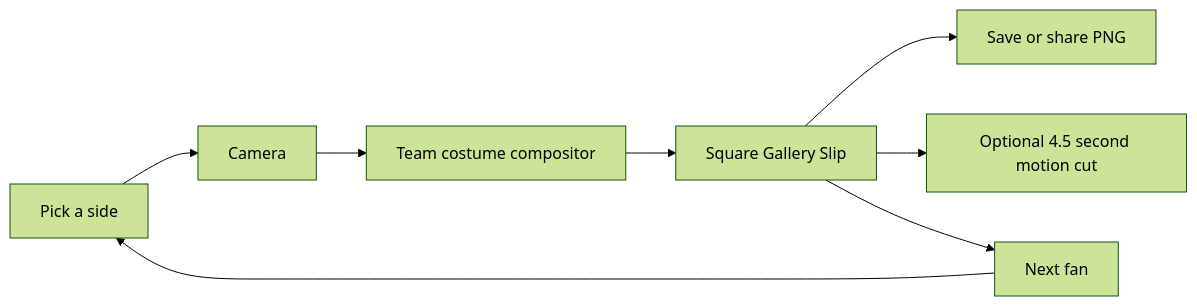
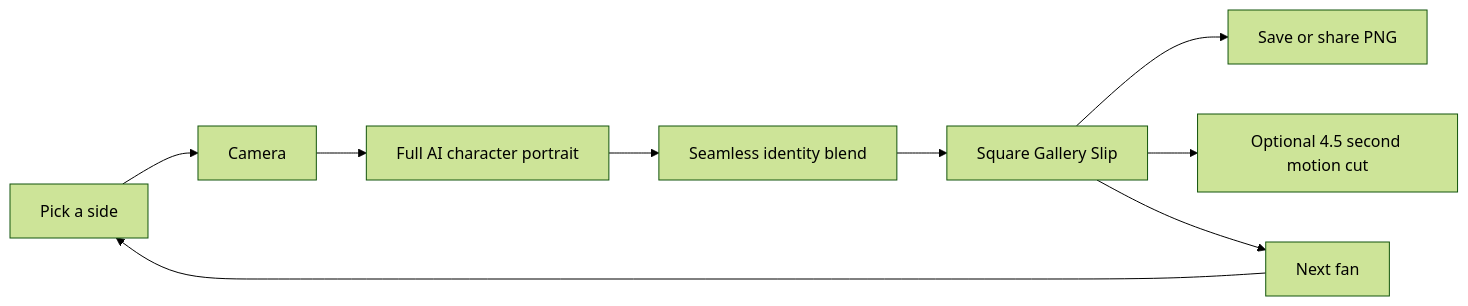
One commit to goldytalks/derby-dashboard changed the diagram in README.md. Above: the diagram before and after it, drawn with Mermaid (forest theme). The commit also changed other lines of this file and 26 other files, not shown here.

````diff
--- a/README.md
+++ b/README.md
@@ -27,10 +29,11 @@
 ```mermaid
 flowchart LR
   Pick[Pick a side] --> Camera[Camera]
-  Camera --> Costume[Team costume compositor]
-  Costume --> Slip[Square Gallery Slip]
+  Camera --> Costume[Full AI character portrait]
+  Costume --> Identity[Seamless identity blend]
+  Identity --> Slip[Square Gallery Slip]
   Slip --> Still[Save or share PNG]
   Slip --> Motion[Optional 4.5 second motion cut]
   Slip --> Next[Next fan]
   Next --> Pick
 ```
````
